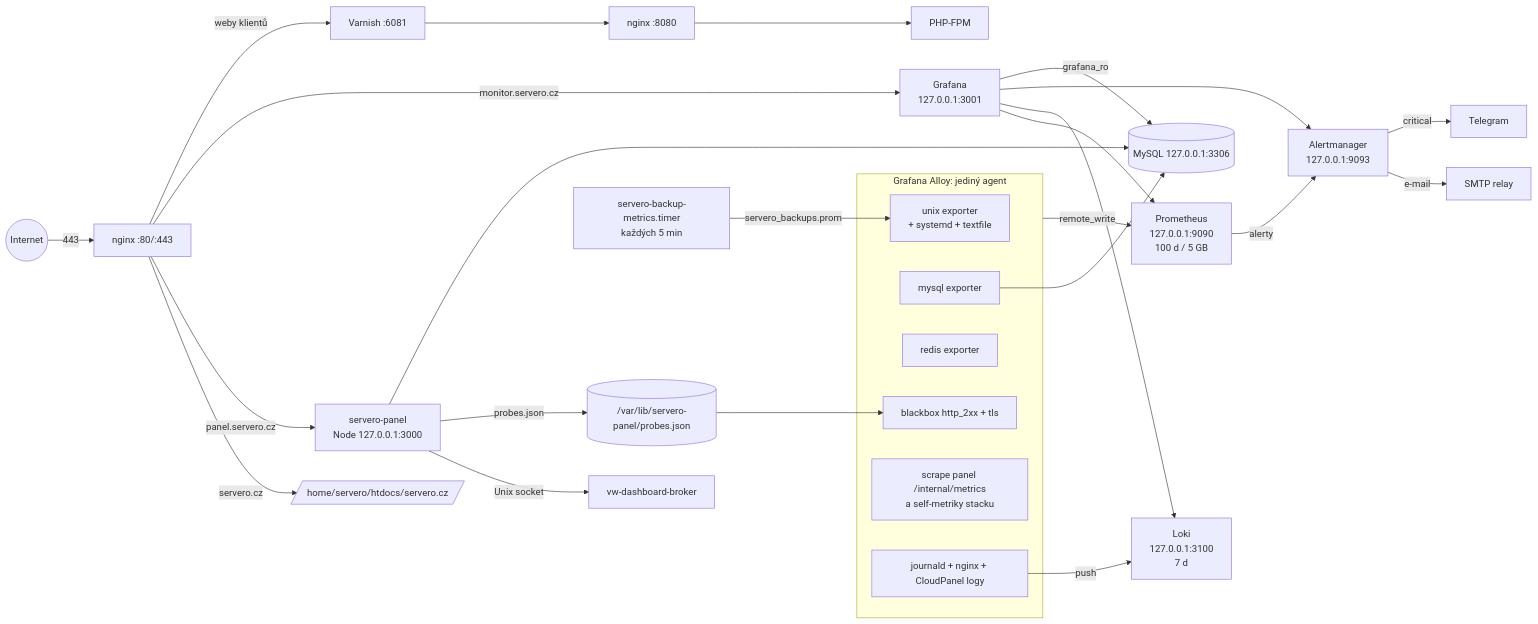
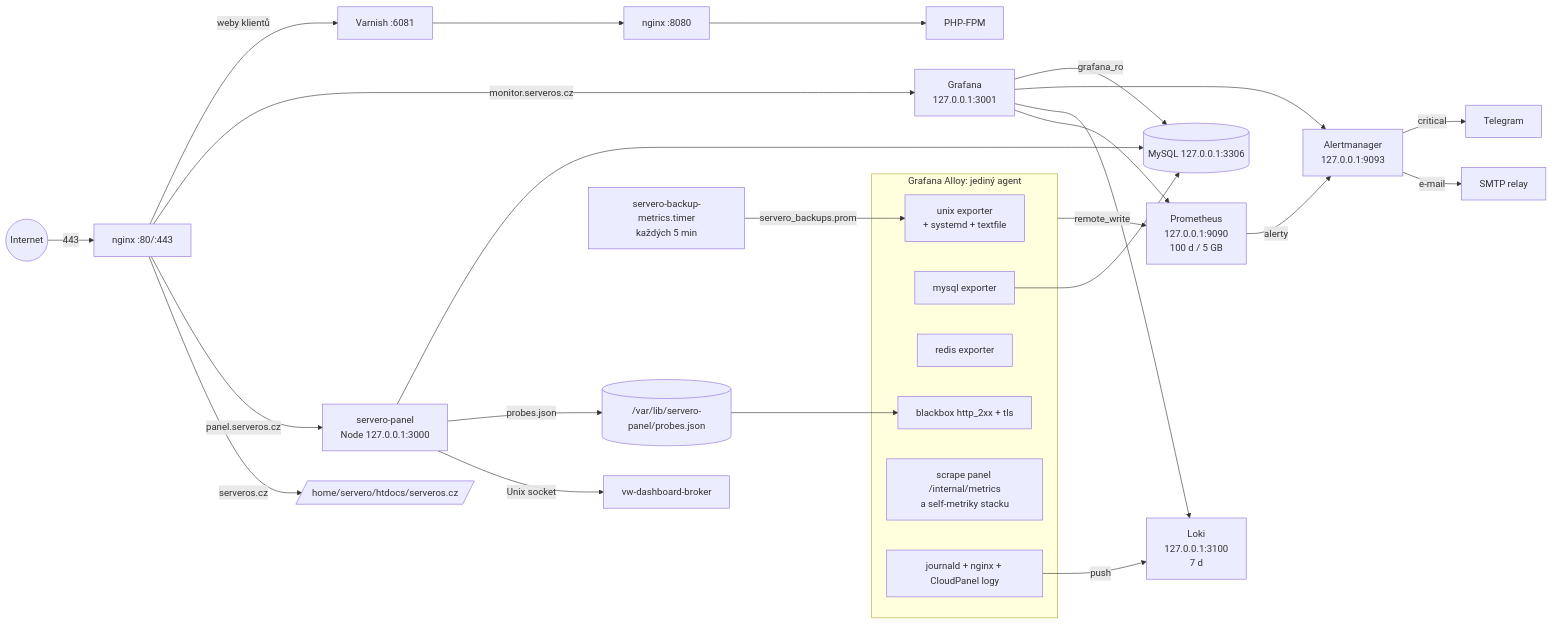
The diagram in ops/README.md (kunespe/wedos), drawn with Mermaid before and after one commit. The commit also changed other lines of this file and 96 other files, not shown here.

First line of the commit message:
Rebrand SERVERO to SERVEROS and move to serveros.cz

````diff
--- a/ops/README.md
+++ b/ops/README.md
@@ -31,33 +31,33 @@
 ```mermaid
 flowchart LR
     internet((Internet)) -->|443| nginx[nginx :80/:443]
-    nginx -->|servero.cz| static[/home/servero/htdocs/servero.cz/]
-    nginx -->|panel.servero.cz| panel[servero-panel<br/>Node 127.0.0.1:3000]
-    nginx -->|monitor.servero.cz| grafana[Grafana<br/>127.0.0.1:3001]
+    nginx -->|serveros.cz| static[/home/servero/htdocs/serveros.cz/]
+    nginx -->|panel.serveros.cz| panel[servero-panel<br/>Node 127.0.0.1:3000]
+    nginx -->|monitor.serveros.cz| grafana[Grafana<br/>127.0.0.1:3001]
     nginx -->|weby klientů| varnish[Varnish :6081] --> backend[nginx :8080] --> php[PHP-FPM]
     panel -->|Unix socket| broker[vw-dashboard-broker]
     panel -->|probes.json| probes[(/var/lib/servero-panel/probes.json)]
     panel --> mysql[(MySQL 127.0.0.1:3306)]
 
     subgraph alloy[Grafana Alloy: jediný agent]
         unix[unix exporter<br/>+ systemd + textfile]
         myexp[mysql exporter]
         redisexp[redis exporter]
         bb[blackbox http_2xx + tls]
         scrape[scrape panel /internal/metrics<br/>a self-metriky stacku]
         logs[journald + nginx + CloudPanel logy]
     end
 
     probes --> bb
     timer[servero-backup-metrics.timer<br/>každých 5 min] -->|servero_backups.prom| unix
     myexp --> mysql
     alloy -->|remote_write| prom[Prometheus<br/>127.0.0.1:9090<br/>100 d / 5 GB]
     logs -->|push| loki[Loki<br/>127.0.0.1:3100<br/>7 d]
     prom -->|alerty| am[Alertmanager<br/>127.0.0.1:9093]
     am -->|e-mail| mail[SMTP relay]
     am -->|critical| tg[Telegram]
     grafana --> prom
     grafana --> loki
     grafana --> am
     grafana -->|grafana_ro| mysql
 ```
````
